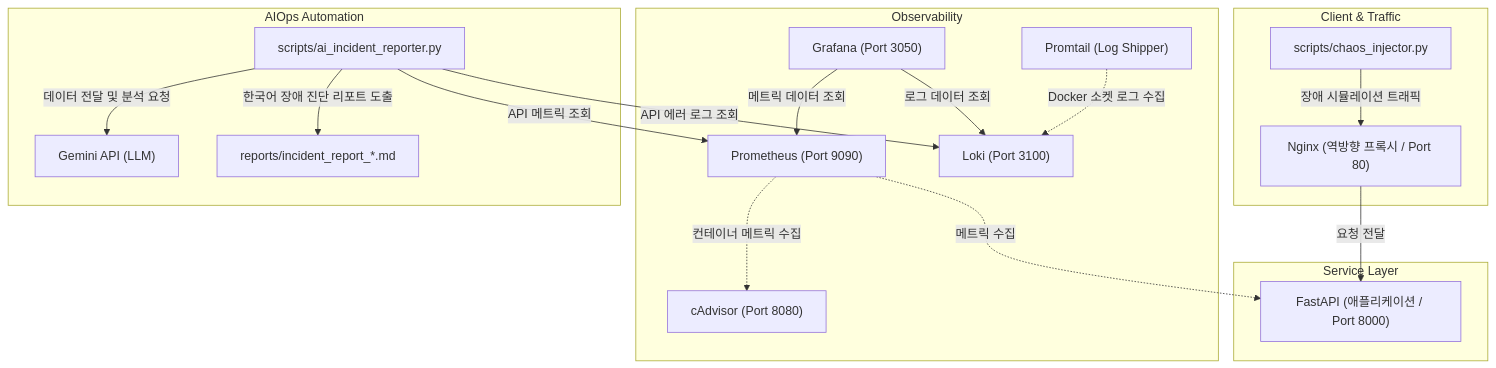
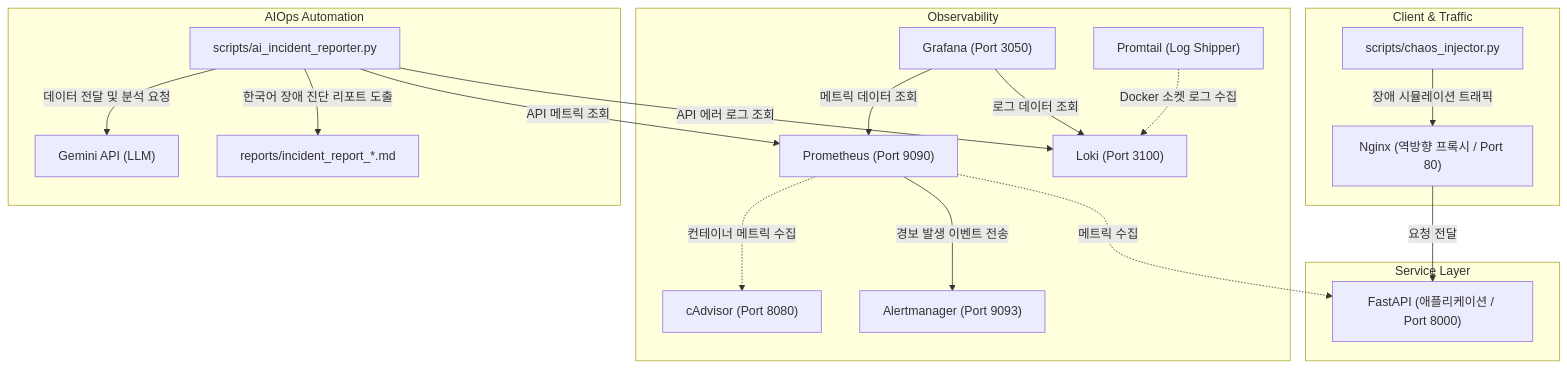
The diagram in README.md (bbam901/infra-ai-ops-lab), drawn with Mermaid before and after one commit. The commit also changed other lines of this file and 5 other files, not shown here.

Commit message:
Add Prometheus alert rules and Alertmanager

````diff
--- a/README.md
+++ b/README.md
@@ -19,27 +19,28 @@
 ```mermaid
 graph TD
     subgraph Client & Traffic
         Chaos[scripts/chaos_injector.py] -->|장애 시뮬레이션 트래픽| Nginx
     end
 
     subgraph Service Layer
         Nginx["Nginx (역방향 프록시 / Port 80)"] -->|요청 전달| App["FastAPI (애플리케이션 / Port 8000)"]
     end
 
     subgraph Observability
         Prometheus["Prometheus (Port 9090)"] -.->|메트릭 수집| App
         Prometheus -.->|컨테이너 메트릭 수집| cAdvisor["cAdvisor (Port 8080)"]
+        Prometheus -->|경보 발생 이벤트 전송| Alertmanager["Alertmanager (Port 9093)"]
         
         Promtail["Promtail (Log Shipper)"] -.->|Docker 소켓 로그 수집| Loki["Loki (Port 3100)"]
         
         Grafana["Grafana (Port 3050)"] -->|메트릭 데이터 조회| Prometheus
         Grafana -->|로그 데이터 조회| Loki
     end
 
     subgraph AIOps Automation
         Reporter[scripts/ai_incident_reporter.py] -->|API 메트릭 조회| Prometheus
         Reporter -->|API 에러 로그 조회| Loki
         Reporter -->|데이터 전달 및 분석 요청| Gemini["Gemini API (LLM)"]
         Reporter -->|한국어 장애 진단 리포트 도출| Reports["reports/incident_report_*.md"]
     end
 ```
````
